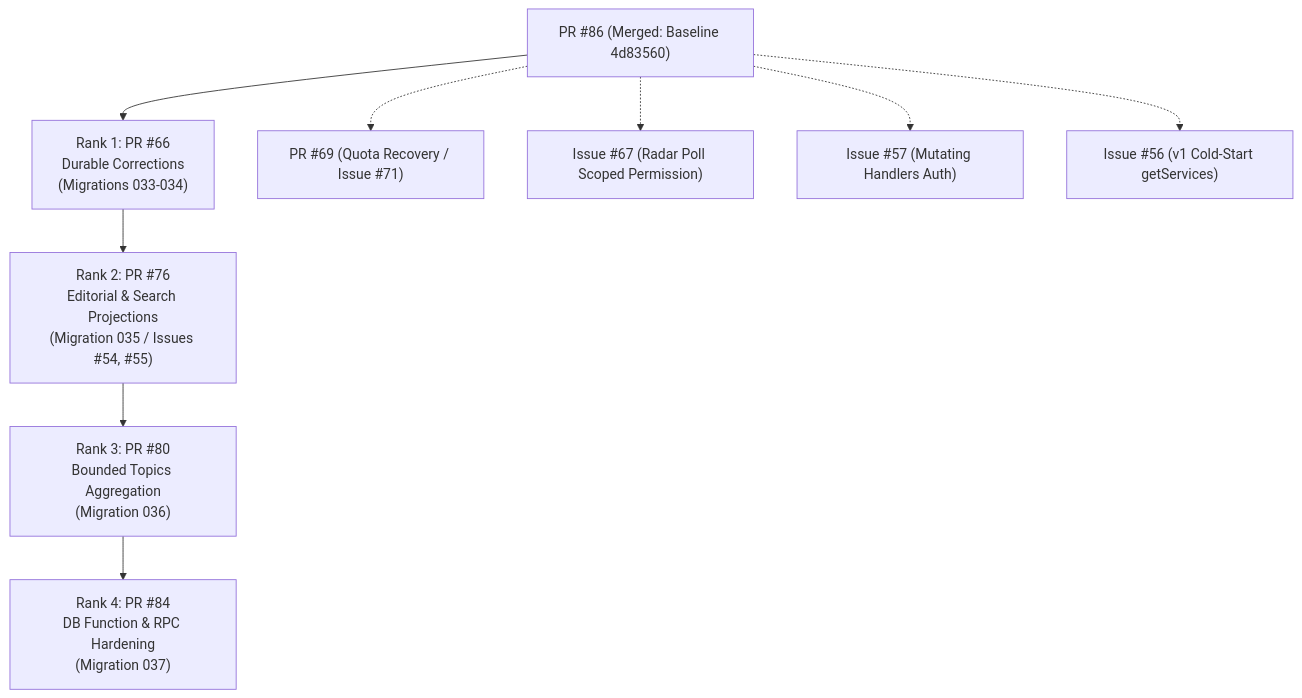
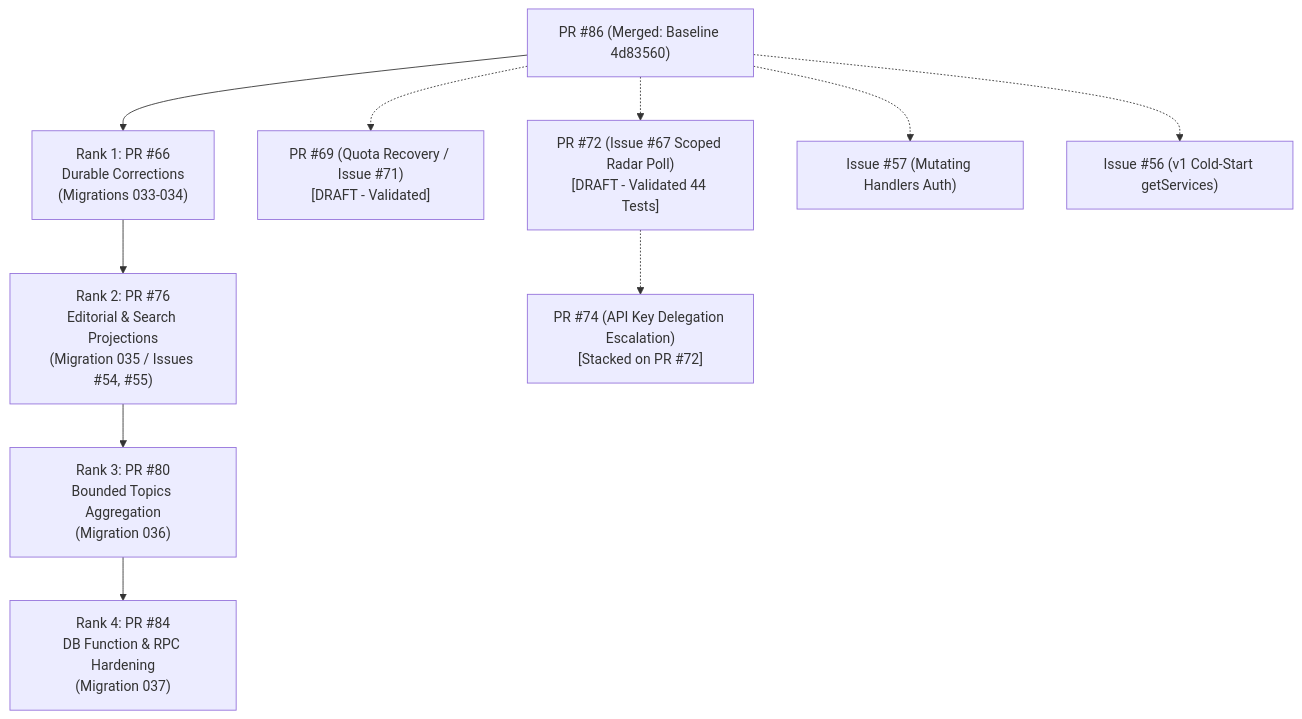
One commit to thebreakdowndaily/thebreakdown-os changed the diagram in master-system-repair-and-integration-report.md. Above: the diagram before and after it, drawn with Mermaid. The commit also changed other lines of this file, not shown here.

Commit message:
docs(mission): update master report with Mission 5A Radar authorization remediation

````diff
--- a/master-system-repair-and-integration-report.md
+++ b/master-system-repair-and-integration-report.md
@@ -140,12 +188,13 @@
 ```mermaid
 flowchart TD
     PR86["PR #86 (Merged: Baseline 4d83560)"] --> PR66["Rank 1: PR #66\nDurable Corrections\n(Migrations 033-034)"]
     PR66 --> PR76["Rank 2: PR #76\nEditorial & Search Projections\n(Migration 035 / Issues #54, #55)"]
     PR76 --> PR80["Rank 3: PR #80\nBounded Topics Aggregation\n(Migration 036)"]
     PR80 --> PR84["Rank 4: PR #84\nDB Function & RPC Hardening\n(Migration 037)"]
     
-    PR86 -.-> PR69["PR #69 (Quota Recovery / Issue #71)"]
-    PR86 -.-> ISS67["Issue #67 (Radar Poll Scoped Permission)"]
+    PR86 -.-> PR69["PR #69 (Quota Recovery / Issue #71)\n[DRAFT - Validated]"]
+    PR86 -.-> PR72["PR #72 (Issue #67 Scoped Radar Poll)\n[DRAFT - Validated 44 Tests]"]
+    PR72 -.-> PR74["PR #74 (API Key Delegation Escalation)\n[Stacked on PR #72]"]
     PR86 -.-> ISS57["Issue #57 (Mutating Handlers Auth)"]
     PR86 -.-> ISS56["Issue #56 (v1 Cold-Start getServices)"]
 ```
````
